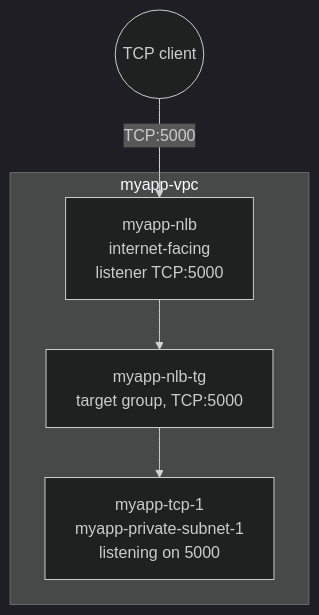
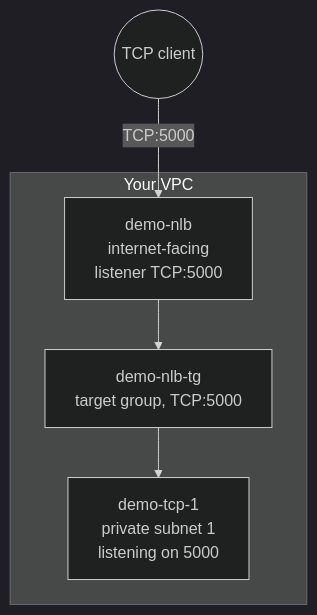
The diagram in EC2/LoadBalancer/09-Network-Load-Balancer.md (msdeepak052/AWS_Imp_Concepts), drawn with Mermaid (dark theme) before and after one commit. The commit also changed other lines of this file and 66 other files, not shown here.

````diff
--- a/EC2/LoadBalancer/09-Network-Load-Balancer.md
+++ b/EC2/LoadBalancer/09-Network-Load-Balancer.md
@@ -50,9 +50,9 @@
 ```mermaid
 flowchart TD
-    CLIENT(("TCP client")) -->|"TCP:5000"| NLB["myapp-nlb<br/>internet-facing<br/>listener TCP:5000"]
+    CLIENT(("TCP client")) -->|"TCP:5000"| NLB["demo-nlb<br/>internet-facing<br/>listener TCP:5000"]
 
-    subgraph VPC["myapp-vpc"]
-        NLB --> TG["myapp-nlb-tg<br/>target group, TCP:5000"]
-        TG --> I1["myapp-tcp-1<br/>myapp-private-subnet-1<br/>listening on 5000"]
+    subgraph VPC["Your VPC"]
+        NLB --> TG["demo-nlb-tg<br/>target group, TCP:5000"]
+        TG --> I1["demo-tcp-1<br/>private subnet 1<br/>listening on 5000"]
     end
 ```
````
